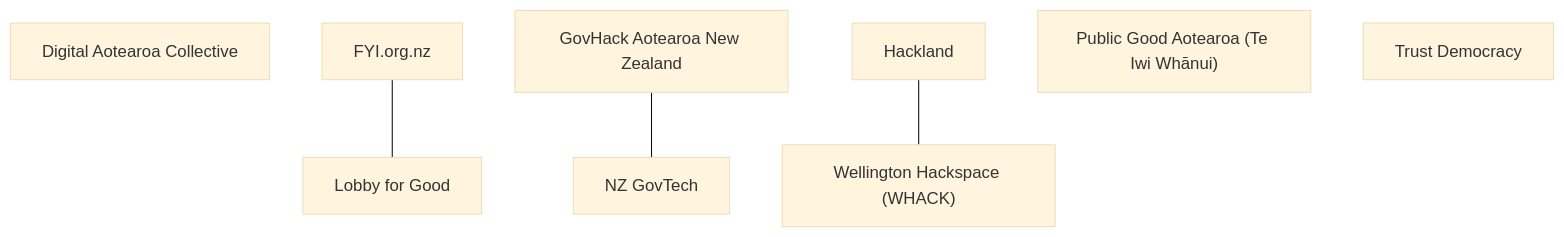
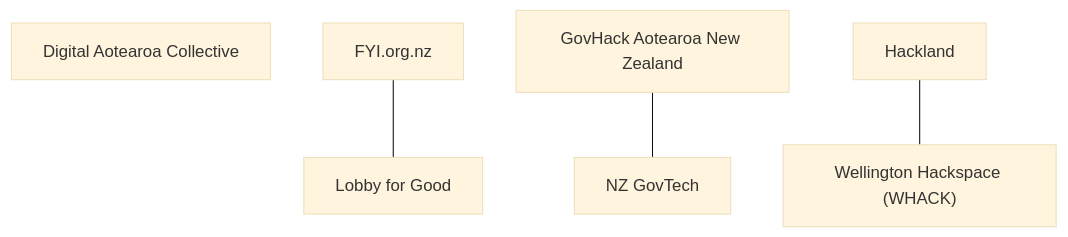
Before and after one commit to olitreadwell/nz-tech-for-good: diagram 13 of 17 in GUIDE.md, drawn with Mermaid (base theme). The commit also changed other lines of this file and 268 other files, not shown here.

````diff
--- a/GUIDE.md
+++ b/GUIDE.md
@@ -421,15 +273,13 @@
 ```mermaid
 flowchart TD
     n_DigitalAotearoaCollectiv["Digital Aotearoa Collective"]
     n_FYIorgnz["FYI.org.nz"]
     n_GovHackAotearoaNewZealan["GovHack Aotearoa New Zealand"]
     n_Hackland["Hackland"]
     n_LobbyforGood["Lobby for Good"]
     n_NZGovTech["NZ GovTech"]
-    n_PublicGoodAotearoaTeIwiW["Public Good Aotearoa (Te Iwi Whānui)"]
-    n_TrustDemocracy["Trust Democracy"]
     n_WellingtonHackspaceWHACK["Wellington Hackspace (WHACK)"]
     n_FYIorgnz --- n_LobbyforGood
     n_GovHackAotearoaNewZealan --- n_NZGovTech
     n_Hackland --- n_WellingtonHackspaceWHACK
 ```
````
